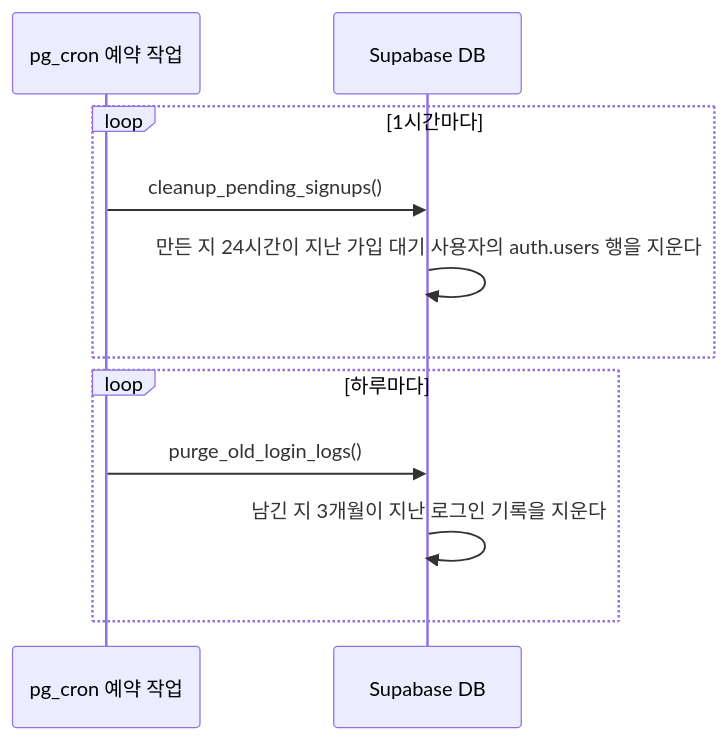
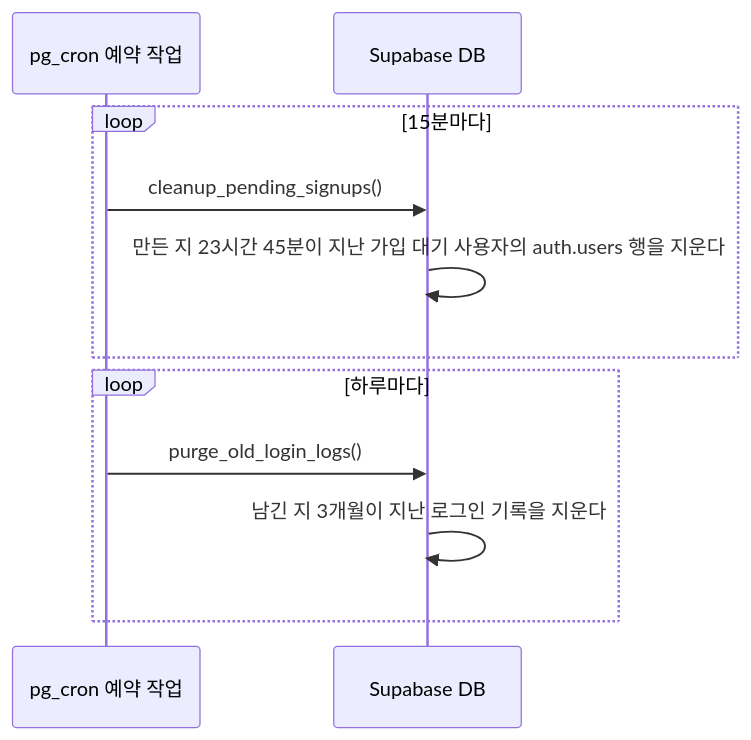
Before and after one commit to god3v/hamtteukka: the ninth of 9 diagrams in docs/specs/001-account/design/sequence.md, drawn with Mermaid. The commit also changed other lines of this file and 4 other files, not shown here.

````diff
--- a/docs/specs/001-account/design/sequence.md
+++ b/docs/specs/001-account/design/sequence.md
@@ -290,13 +300,13 @@
 ```mermaid
 sequenceDiagram
   participant Cron as pg_cron 예약 작업
   participant DB as Supabase DB
-  loop 1시간마다
+  loop 15분마다
     Cron->>DB: cleanup_pending_signups()
-    DB->>DB: 만든 지 24시간이 지난 가입 대기 사용자의 auth.users 행을 지운다
+    DB->>DB: 만든 지 23시간 45분이 지난 가입 대기 사용자의 auth.users 행을 지운다
   end
   loop 하루마다
     Cron->>DB: purge_old_login_logs()
     DB->>DB: 남긴 지 3개월이 지난 로그인 기록을 지운다
   end
 ```
````
